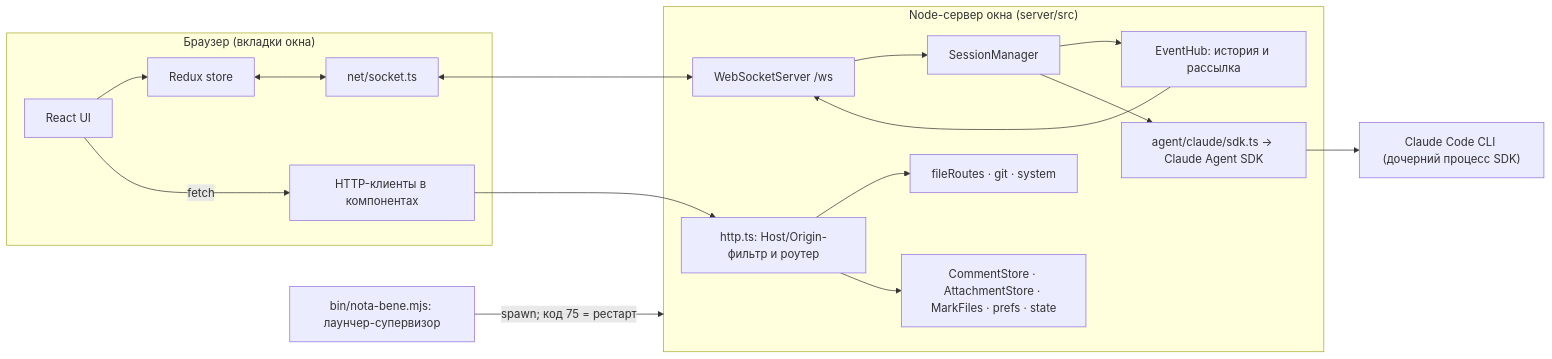
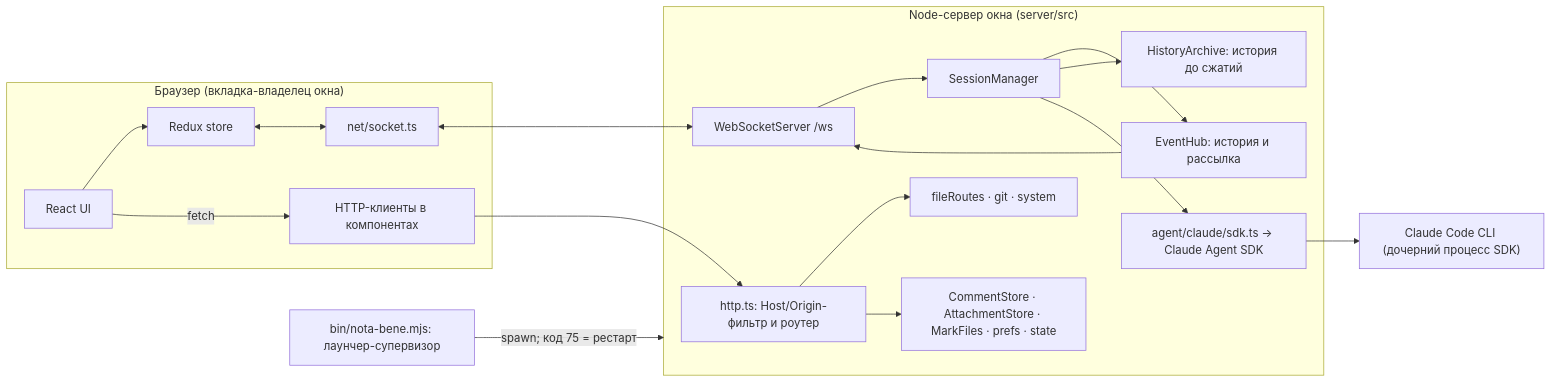
The first of 4 diagrams in docs/architecture.md (iCubeDm/claude-nota-bene), drawn with Mermaid before and after one commit. The commit also changed other lines of this file and 1 other file, not shown here.

Commit message:
docs: architecture and CLAUDE.md after M7 (one tab, archive, AgentEvent, session parts)

````diff
--- a/docs/architecture.md
+++ b/docs/architecture.md
@@ -9,27 +9,29 @@
 ```mermaid
 flowchart LR
-  subgraph Browser["Браузер (вкладки окна)"]
+  subgraph Browser["Браузер (вкладка-владелец окна)"]
     UI["React UI"] --> RS["Redux store"]
     RS <--> WSC["net/socket.ts"]
     UI -- fetch --> HTTPC["HTTP-клиенты в компонентах"]
   end
   subgraph Server["Node-сервер окна (server/src)"]
     HTTP["http.ts: Host/Origin-фильтр и роутер"]
     WSS["WebSocketServer /ws"]
     HUB["EventHub: история и рассылка"]
+    ARC["HistoryArchive: история до сжатий"]
     SM["SessionManager"]
     STORES["CommentStore · AttachmentStore · MarkFiles · prefs · state"]
     FR["fileRoutes · git · system"]
     SDK["agent/claude/sdk.ts → Claude Agent SDK"]
   end
   CLI["Claude Code CLI (дочерний процесс SDK)"]
   L["bin/nota-bene.mjs: лаунчер-супервизор"]
   WSC <--> WSS
   HTTPC --> HTTP
   WSS --> SM
   SM --> HUB --> WSS
+  SM --> ARC
   SM --> SDK --> CLI
   HTTP --> FR
   HTTP --> STORES
   L -- "spawn; код 75 = рестарт" --> Server
 ```
````
